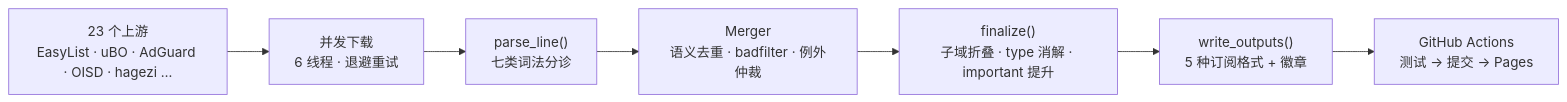
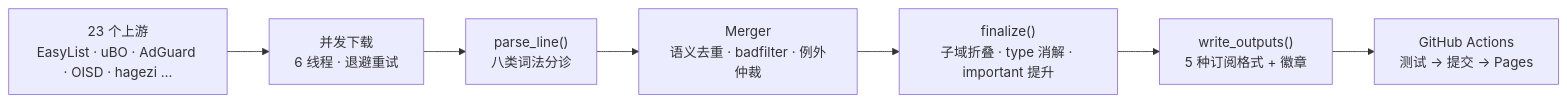
Before and after one commit to wansheng8/LJGZ: the diagram in README.md, drawn with Mermaid. The commit also changed other lines of this file and 2 other files, not shown here.

````diff
--- a/README.md
+++ b/README.md
@@ -49,12 +51,12 @@
 ```mermaid
 flowchart LR
     A["23 个上游<br/>EasyList · uBO · AdGuard · OISD · hagezi …"]
     B["并发下载<br/>6 线程 · 退避重试"]
-    C["parse_line()<br/>七类词法分诊"]
+    C["parse_line()<br/>八类词法分诊"]
     D["Merger<br/>语义去重 · badfilter · 例外仲裁"]
     E["finalize()<br/>子域折叠 · type 消解 · important 提升"]
     F["write_outputs()<br/>5 种订阅格式 + 徽章"]
     G["GitHub Actions<br/>测试 → 提交 → Pages"]
 
     A --> B --> C --> D --> E --> F --> G
 ```
````
